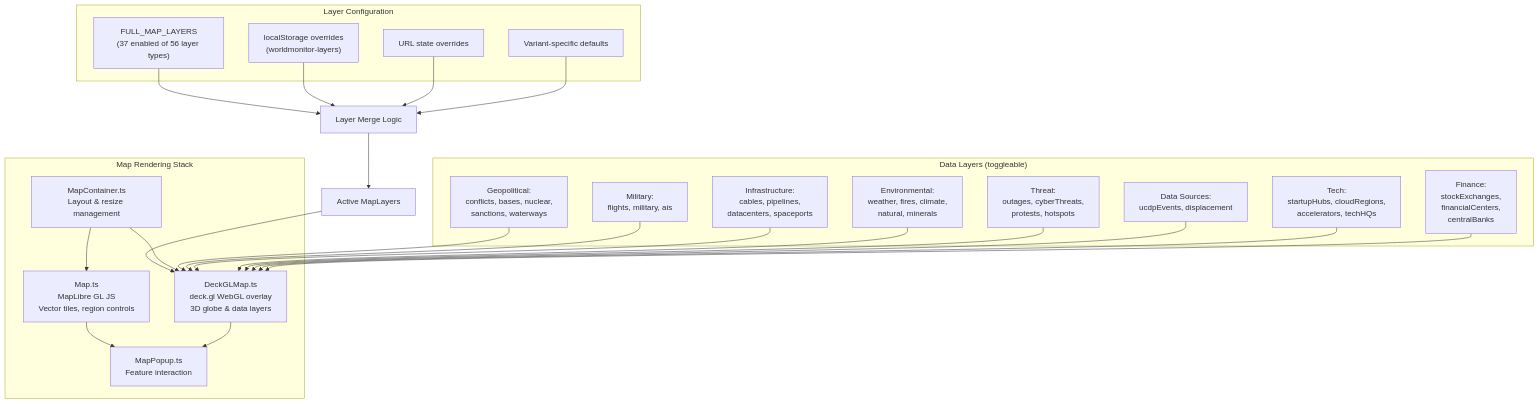
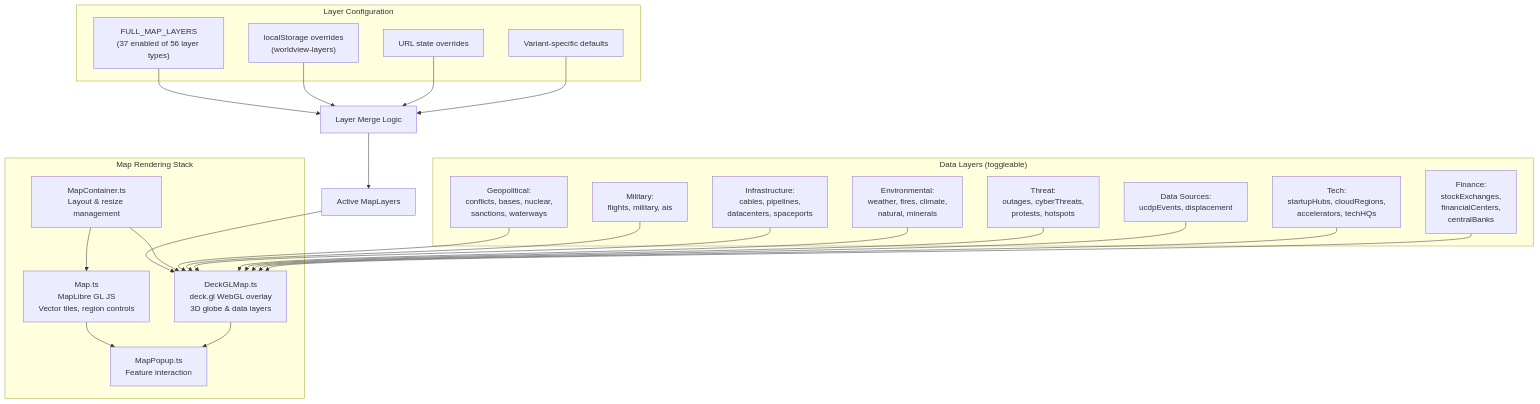
The fifth of 9 diagrams in docs/Docs_To_Review/ARCHITECTURE.md (mannie09/World_View), drawn with Mermaid before and after one commit. The commit also changed other lines of this file and 2244 other files, not shown here.

````diff
--- a/docs/Docs_To_Review/ARCHITECTURE.md
+++ b/docs/Docs_To_Review/ARCHITECTURE.md
@@ -431,48 +431,48 @@
 ```mermaid
 graph TD
     subgraph MapStack["Map Rendering Stack"]
         Container["MapContainer.ts<br/>Layout & resize management"]
         BaseMap["Map.ts<br/>MapLibre GL JS<br/>Vector tiles, region controls"]
         DeckGL["DeckGLMap.ts<br/>deck.gl WebGL overlay<br/>3D globe & data layers"]
         Popup["MapPopup.ts<br/>Feature interaction"]
     end
 
     subgraph LayerConfig["Layer Configuration"]
         Defaults["FULL_MAP_LAYERS<br/>(37 enabled of 56 layer types)"]
-        UserPref["localStorage overrides<br/>(worldmonitor-layers)"]
+        UserPref["localStorage overrides<br/>(worldview-layers)"]
         URLState["URL state overrides"]
         Variant["Variant-specific defaults"]
     end
 
     subgraph DataLayers["Data Layers (toggleable)"]
         Geo["Geopolitical:<br/>conflicts, bases, nuclear,<br/>sanctions, waterways"]
         Military["Military:<br/>flights, military, ais"]
         Infra["Infrastructure:<br/>cables, pipelines,<br/>datacenters, spaceports"]
         Environmental["Environmental:<br/>weather, fires, climate,<br/>natural, minerals"]
         Threat["Threat:<br/>outages, cyberThreats,<br/>protests, hotspots"]
         Data["Data Sources:<br/>ucdpEvents, displacement"]
         TechLayers["Tech:<br/>startupHubs, cloudRegions,<br/>accelerators, techHQs"]
         FinanceLayers["Finance:<br/>stockExchanges,<br/>financialCenters,<br/>centralBanks"]
     end
 
     Defaults --> Merge["Layer Merge Logic"]
     UserPref --> Merge
     URLState --> Merge
     Variant --> Merge
     Merge --> ActiveLayers["Active MapLayers"]
 
     ActiveLayers --> DeckGL
     Container --> BaseMap
     Container --> DeckGL
     BaseMap --> Popup
     DeckGL --> Popup
 
     Geo --> DeckGL
     Military --> DeckGL
     Infra --> DeckGL
     Environmental --> DeckGL
     Threat --> DeckGL
     Data --> DeckGL
     TechLayers --> DeckGL
     FinanceLayers --> DeckGL
 ```
````
